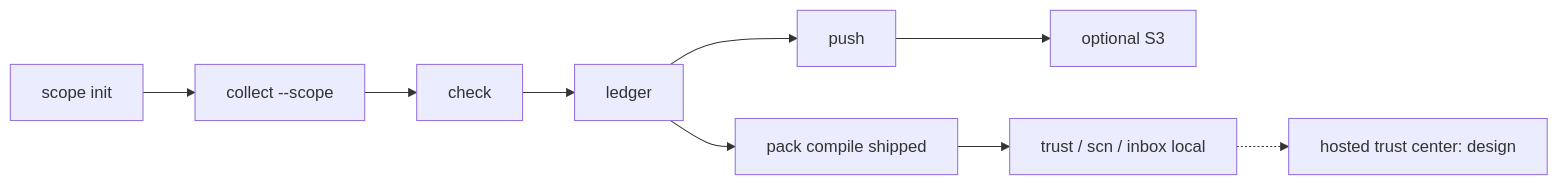
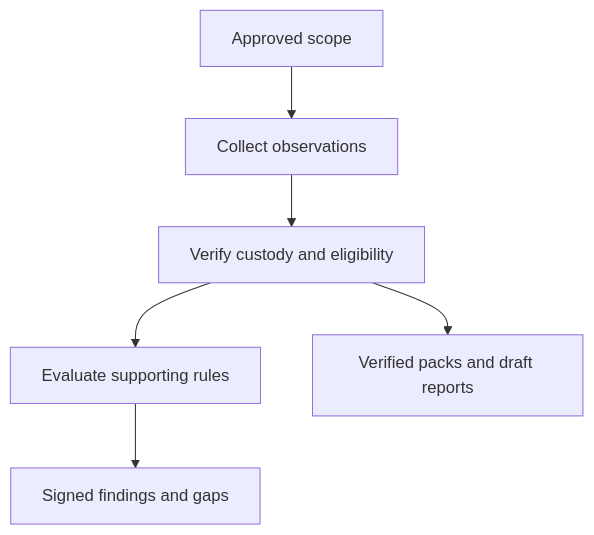
The diagram in README.md (kfcain/beacon), drawn with Mermaid before and after one commit. The commit also changed other lines of this file and 65 other files, not shown here.

````diff
--- a/README.md
+++ b/README.md
@@ -9,7 +11,8 @@
 ```mermaid
-flowchart LR
-  scope["scope init"] --> collect["collect --scope"] --> check["check"] --> ledger["ledger"] --> push["push"] --> lake["optional S3"]
-  ledger --> compile["pack compile shipped"]
-  compile --> trust["trust / scn / inbox local"]
-  trust -.-> later["hosted trust center: design"]
+flowchart TD
+  Scope["Approved scope"] --> Collect["Collect observations"]
+  Collect --> Verify["Verify custody and eligibility"]
+  Verify --> Evaluate["Evaluate supporting rules"]
+  Evaluate --> Receipts["Signed findings and gaps"]
+  Verify --> Export["Verified packs and draft reports"]
 ```
````
